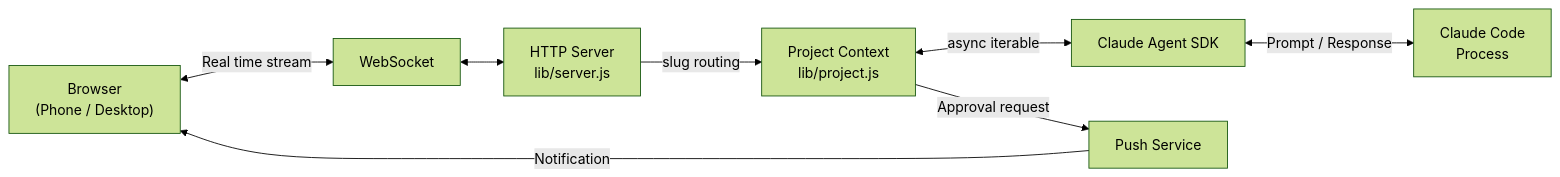
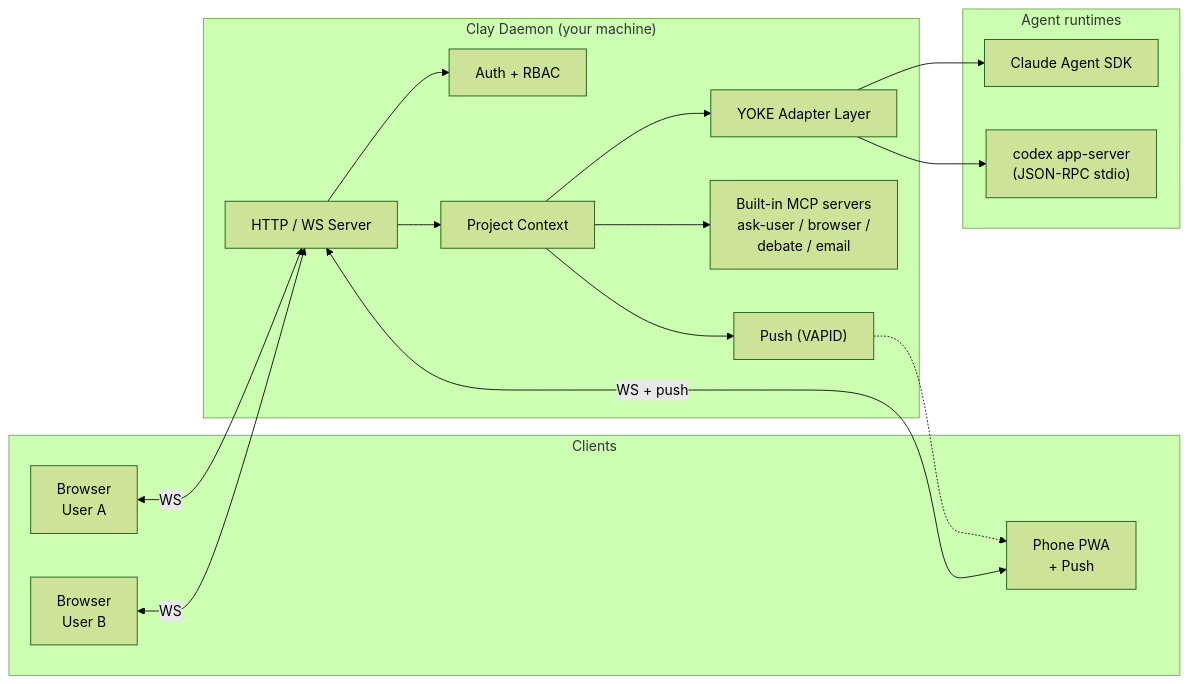
One commit to kou0120/clay changed the diagram in README.md. Above: the diagram before and after it, drawn with Mermaid (forest theme). The commit also changed other lines of this file and 254 other files, not shown here.

````diff
--- a/README.md
+++ b/README.md
@@ -156,18 +183,34 @@
 ```mermaid
 graph LR
-    Browser["Browser<br/>(Phone / Desktop)"]
-    WS["WebSocket"]
-    Server["HTTP Server<br/>lib/server.js"]
-    Project["Project Context<br/>lib/project.js"]
-    SDK["Claude Agent SDK"]
-    Claude["Claude Code<br/>Process"]
-    Push["Push Service"]
+    subgraph Clients
+      B1["Browser<br/>User A"]
+      B2["Browser<br/>User B"]
+      Phone["Phone PWA<br/>+ Push"]
+    end
 
-    Browser <-->|Real time stream| WS
-    WS <--> Server
-    Server -->|slug routing| Project
-    Project <-->|async iterable| SDK
-    SDK <-->|Prompt / Response| Claude
-    Project -->|Approval request| Push
-    Push -->|Notification| Browser
+    subgraph Daemon["Clay Daemon (your machine)"]
+      Auth["Auth + RBAC"]
+      Server["HTTP / WS Server"]
+      Project["Project Context"]
+      YOKE["YOKE Adapter Layer"]
+      MCP["Built-in MCP servers<br/>ask-user / browser /<br/>debate / email"]
+      Push["Push (VAPID)"]
+    end
+
+    subgraph Vendors["Agent runtimes"]
+      Claude["Claude Agent SDK"]
+      Codex["codex app-server<br/>(JSON-RPC stdio)"]
+    end
+
+    B1 <-->|WS| Server
+    B2 <-->|WS| Server
+    Phone <-->|WS + push| Server
+    Server --> Auth
+    Server --> Project
+    Project --> YOKE
+    Project --> MCP
+    Project --> Push
+    YOKE --> Claude
+    YOKE --> Codex
+    Push -.-> Phone
 ```
````
